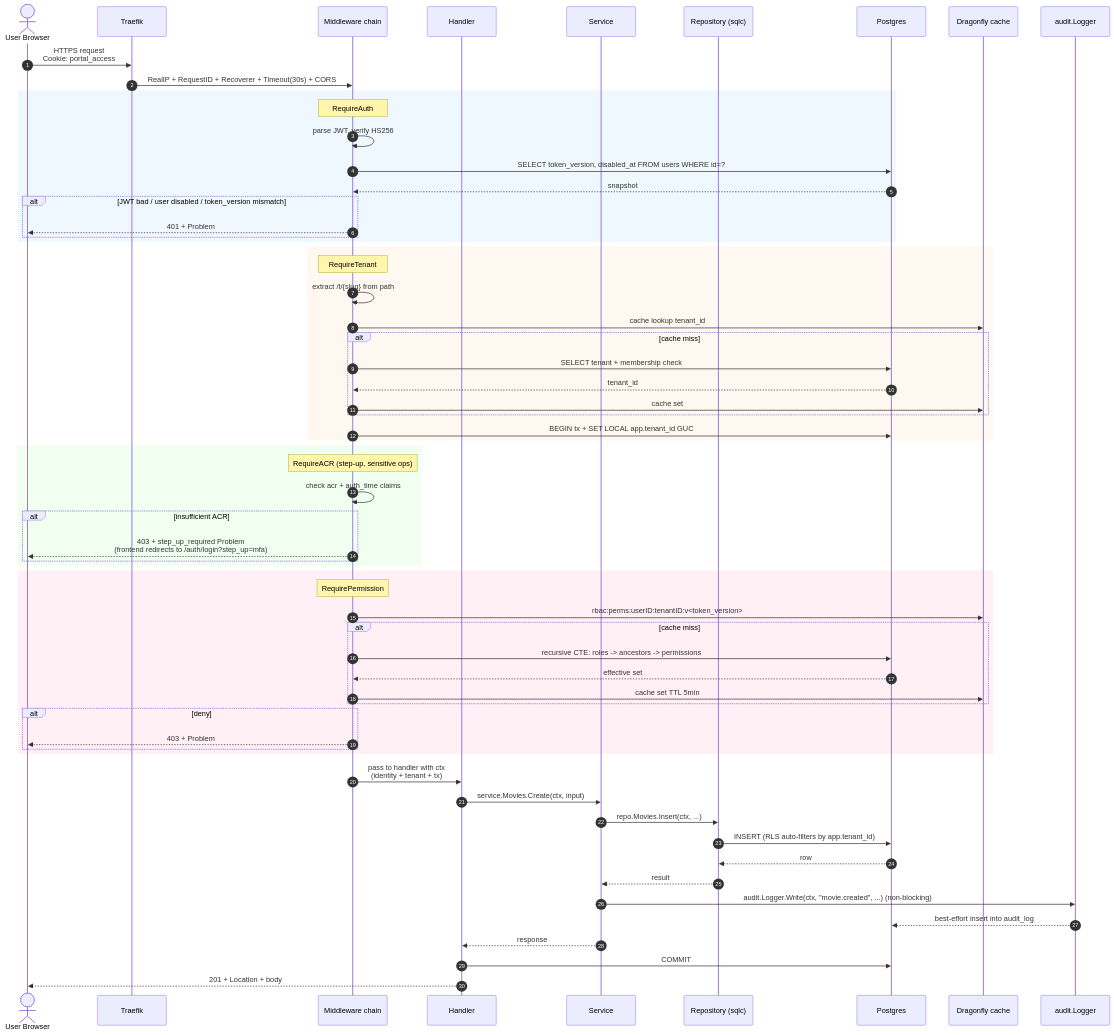
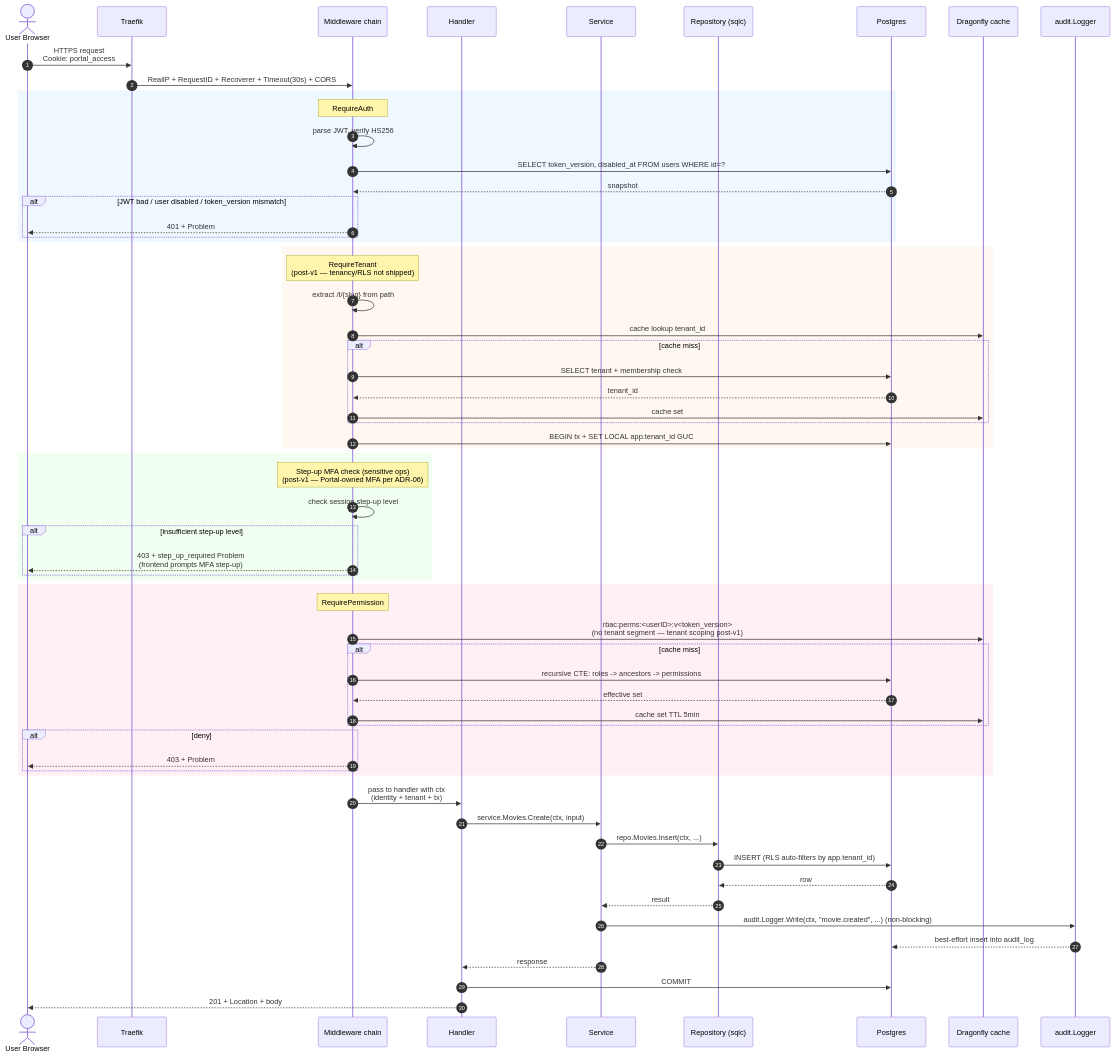
One commit to jackone2991/portal changed the fourth of 7 diagrams in doc/en/diagrams.md. Above: the diagram before and after it, drawn with Mermaid. The commit also changed other lines of this file and 50 other files, not shown here.

````diff
--- a/doc/en/diagrams.md
+++ b/doc/en/diagrams.md
@@ -286,71 +293,71 @@
 ```mermaid
 sequenceDiagram
     autonumber
     actor U as User Browser
     participant T as Traefik
     participant Mw as Middleware chain
     participant H as Handler
     participant S as Service
     participant R as Repository (sqlc)
     participant PG as Postgres
     participant Ca as Dragonfly cache
     participant Au as audit.Logger
 
     U->>T: HTTPS request<br/>Cookie: portal_access
     T->>Mw: RealIP + RequestID + Recoverer + Timeout(30s) + CORS
 
     rect rgb(240, 248, 255)
         Note over Mw: RequireAuth
         Mw->>Mw: parse JWT, verify HS256
         Mw->>PG: SELECT token_version, disabled_at FROM users WHERE id=?
         PG-->>Mw: snapshot
         alt JWT bad / user disabled / token_version mismatch
             Mw-->>U: 401 + Problem
         end
     end
 
     rect rgb(255, 248, 240)
-        Note over Mw: RequireTenant
+        Note over Mw: RequireTenant<br/>(post-v1 — tenancy/RLS not shipped)
         Mw->>Mw: extract /t/{slug} from path
         Mw->>Ca: cache lookup tenant_id
         alt cache miss
             Mw->>PG: SELECT tenant + membership check
             PG-->>Mw: tenant_id
             Mw->>Ca: cache set
         end
         Mw->>PG: BEGIN tx + SET LOCAL app.tenant_id GUC
     end
 
     rect rgb(240, 255, 240)
-        Note over Mw: RequireACR (step-up, sensitive ops)
-        Mw->>Mw: check acr + auth_time claims
-        alt insufficient ACR
-            Mw-->>U: 403 + step_up_required Problem<br/>(frontend redirects to /auth/login?step_up=mfa)
+        Note over Mw: Step-up MFA check (sensitive ops)<br/>(post-v1 — Portal-owned MFA per ADR-06)
+        Mw->>Mw: check session step-up level
+        alt insufficient step-up level
+            Mw-->>U: 403 + step_up_required Problem<br/>(frontend prompts MFA step-up)
         end
     end
 
     rect rgb(255, 240, 245)
         Note over Mw: RequirePermission
-        Mw->>Ca: rbac:perms:userID:tenantID:v<token_version>
+        Mw->>Ca: rbac:perms:<userID>:v<token_version><br/>(no tenant segment — tenant scoping post-v1)
         alt cache miss
             Mw->>PG: recursive CTE: roles -> ancestors -> permissions
             PG-->>Mw: effective set
             Mw->>Ca: cache set TTL 5min
         end
         alt deny
             Mw-->>U: 403 + Problem
         end
     end
 
     Mw->>H: pass to handler with ctx<br/>(identity + tenant + tx)
     H->>S: service.Movies.Create(ctx, input)
     S->>R: repo.Movies.Insert(ctx, ...)
     R->>PG: INSERT (RLS auto-filters by app.tenant_id)
     PG-->>R: row
     R-->>S: result
     S->>Au: audit.Logger.Write(ctx, "movie.created", ...) (non-blocking)
     Au-->>PG: best-effort insert into audit_log
     S-->>H: response
     H->>PG: COMMIT
     H-->>U: 201 + Location + body
 ```
````
